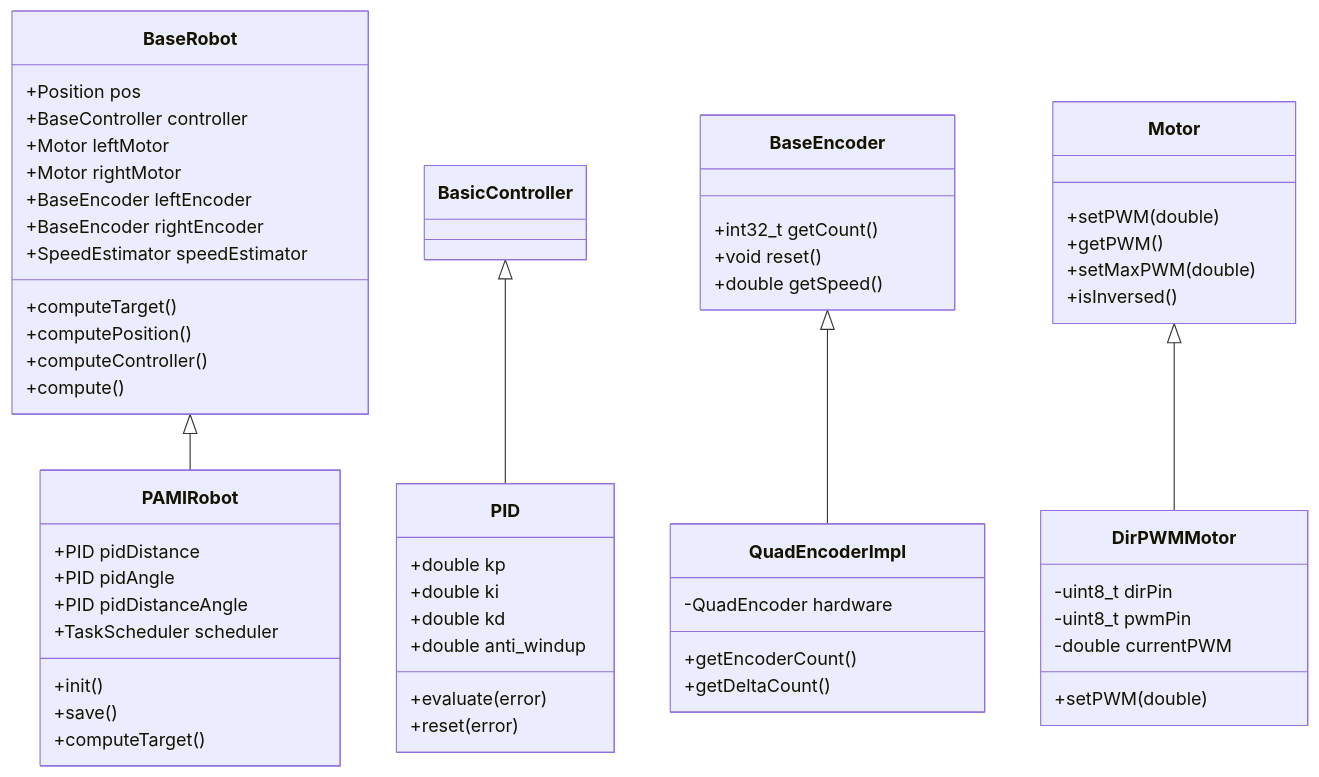
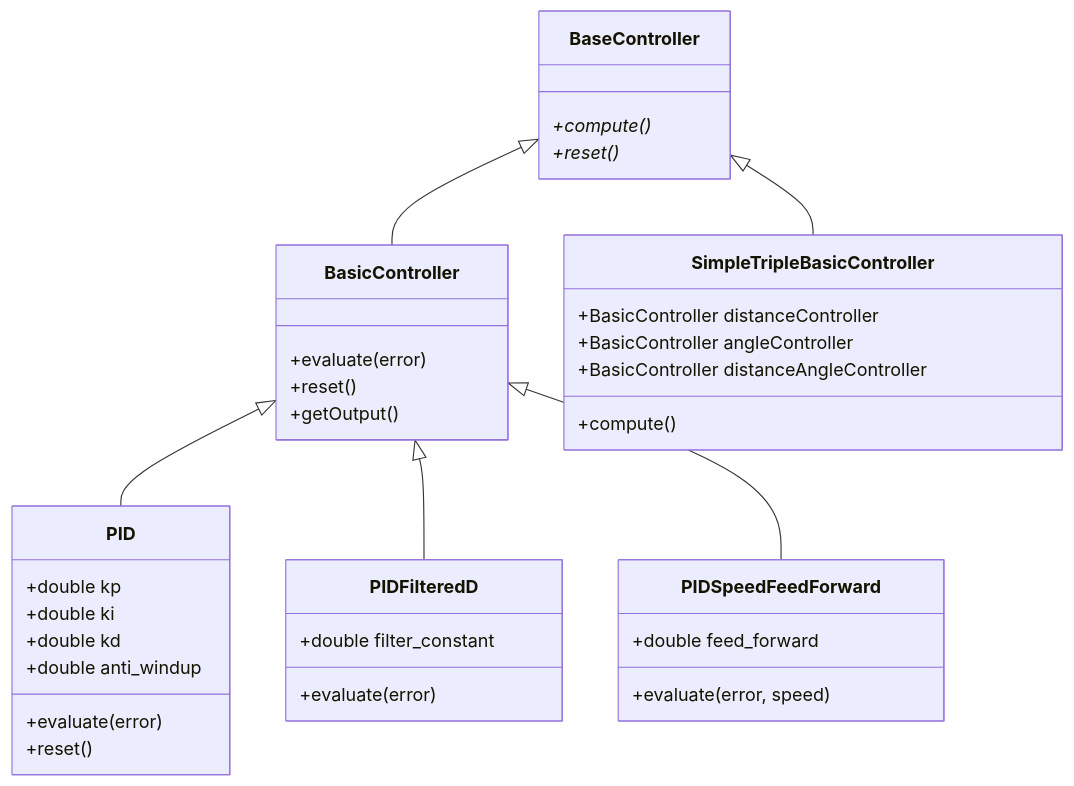
One commit to FogozIV/PAMITeensy changed the third of 20 diagrams in ARCHITECTURE.md. Above: the diagram before and after it, drawn with Mermaid. The commit also changed other lines of this file, not shown here.

Commit message:
Architecture update

````diff
--- a/ARCHITECTURE.md
+++ b/ARCHITECTURE.md
@@ -6,66 +113,45 @@
 ```mermaid
 classDiagram
-    BaseRobot <|-- PAMIRobot
-    BasicController <|-- PID
-    BaseEncoder <|-- QuadEncoderImpl
-    Motor <|-- DirPWMMotor
-    
-    class BaseRobot {
-        +Position pos
-        +BaseController controller
-        +Motor leftMotor
-        +Motor rightMotor
-        +BaseEncoder leftEncoder
-        +BaseEncoder rightEncoder
-        +SpeedEstimator speedEstimator
-        +computeTarget()
-        +computePosition()
-        +computeController()
-        +compute()
+    class BaseController {
+        +compute()*
+        +reset()*
     }
     
-    class PAMIRobot {
-        +PID pidDistance
-        +PID pidAngle
-        +PID pidDistanceAngle
-        +TaskScheduler scheduler
-        +init()
-        +save()
-        +computeTarget()
+    class BasicController {
+        +evaluate(error)
+        +reset()
+        +getOutput()
     }
     
     class PID {
         +double kp
         +double ki
         +double kd
         +double anti_windup
         +evaluate(error)
-        +reset(error)
+        +reset()
     }
     
-    class Motor {
-        +setPWM(double)
-        +getPWM()
-        +setMaxPWM(double)
-        +isInversed()
+    class PIDFilteredD {
+        +double filter_constant
+        +evaluate(error)
     }
     
-    class DirPWMMotor {
-        -uint8_t dirPin
-        -uint8_t pwmPin
-        -double currentPWM
-        +setPWM(double)
+    class PIDSpeedFeedForward {
+        +double feed_forward
+        +evaluate(error, speed)
     }
     
-    class BaseEncoder {
-        +int32_t getCount()
-        +void reset()
-        +double getSpeed()
+    class SimpleTripleBasicController {
+        +BasicController distanceController
+        +BasicController angleController
+        +BasicController distanceAngleController
+        +compute()
     }
     
-    class QuadEncoderImpl {
-        -QuadEncoder hardware
-        +getEncoderCount()
-        +getDeltaCount()
-    }
+    BaseController <|-- BasicController
+    BasicController <|-- PID
+    BasicController <|-- PIDFilteredD
+    BasicController <|-- PIDSpeedFeedForward
+    BaseController <|-- SimpleTripleBasicController
 ```
````
